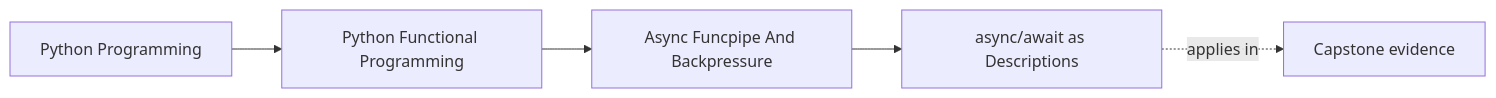
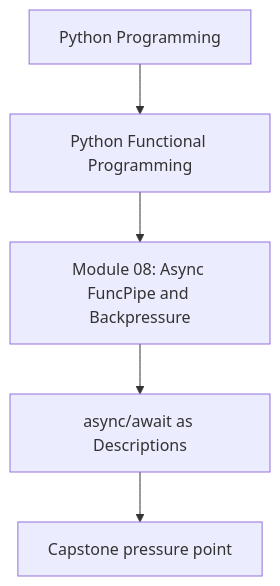
Before and after one commit to bijux/bijux-masterclass: the first of 2 diagrams in programs/python-programming/python-functional-programming/course-book/module-08-async-funcpipe-and-backpressure/async-await-as-descriptions.md, drawn with Mermaid. The commit also changed other lines of this file and 118 other files, not shown here.

Commit message:
docs(python-functional-programming): align concept page diagrams

````diff
--- a/programs/python-programming/python-functional-programming/course-book/module-08-async-funcpipe-and-backpressure/async-await-as-descriptions.md
+++ b/programs/python-programming/python-functional-programming/course-book/module-08-async-funcpipe-and-backpressure/async-await-as-descriptions.md
@@ -6,11 +6,7 @@
 ```mermaid
-graph LR
-  family["Python Programming"]
-  program["Python Functional Programming"]
-  section["Async Funcpipe And Backpressure"]
-  page["async/await as Descriptions"]
-  capstone["Capstone evidence"]
-
-  family --> program --> section --> page
-  page -.applies in.-> capstone
+flowchart TD
+  family["Python Programming"] --> program["Python Functional Programming"]
+  program --> module["Module 08: Async FuncPipe and Backpressure"]
+  module --> concept["async/await as Descriptions"]
+  concept --> capstone["Capstone pressure point"]
 ```
````
